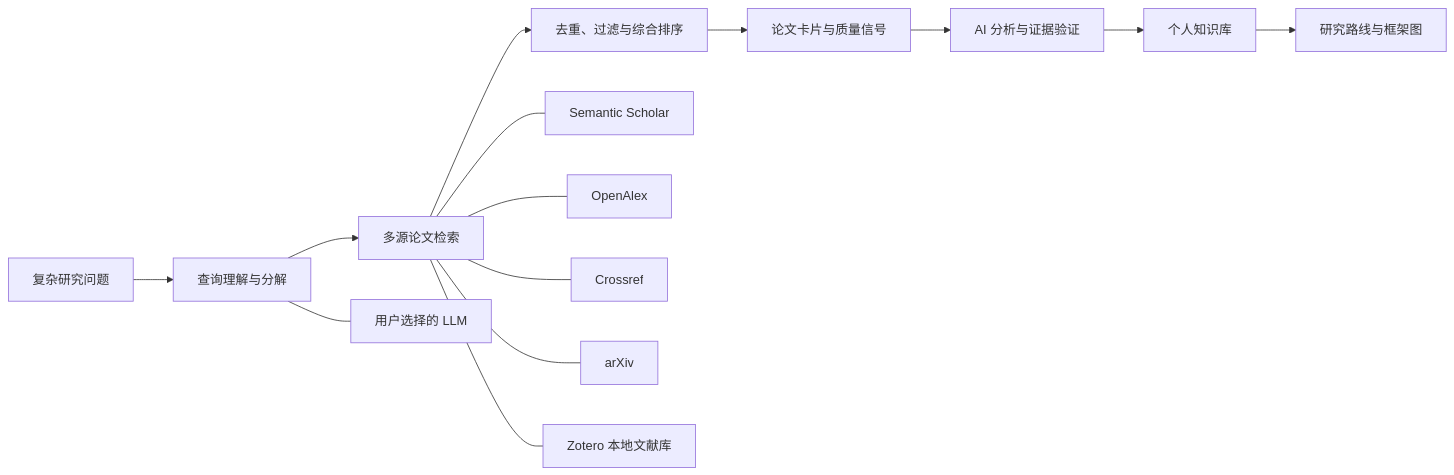
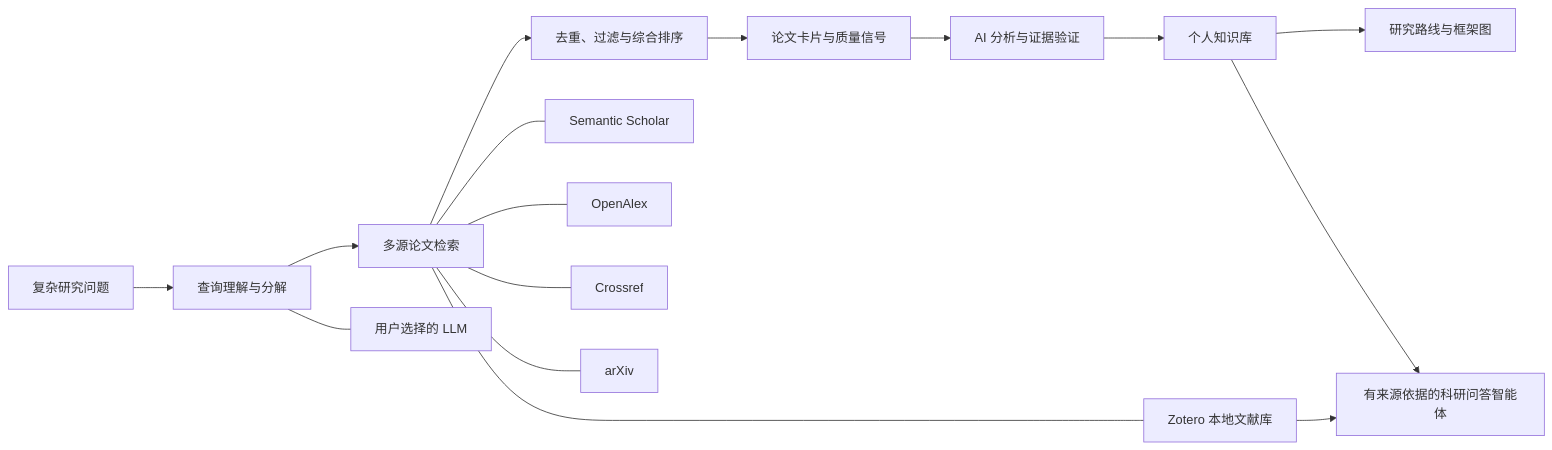
The diagram in README.zh-CN.md (zhangweiguo9719-web/ScholarNova), drawn with Mermaid before and after one commit. The commit also changed other lines of this file and 18 other files, not shown here.

````diff
--- a/README.zh-CN.md
+++ b/README.zh-CN.md
@@ -91,17 +98,19 @@
 ```mermaid
 flowchart LR
     U["复杂研究问题"] --> Q["查询理解与分解"]
     Q --> S["多源论文检索"]
     S --> D["去重、过滤与综合排序"]
     D --> R["论文卡片与质量信号"]
     R --> A["AI 分析与证据验证"]
     A --> K["个人知识库"]
     K --> G["研究路线与框架图"]
+    K --> RA["有来源依据的科研问答智能体"]
+    Z --> RA
 
     S --- SS["Semantic Scholar"]
     S --- OA["OpenAlex"]
     S --- CR["Crossref"]
     S --- AX["arXiv"]
     S --- Z["Zotero 本地文献库"]
     Q --- LLM["用户选择的 LLM"]
 ```
````
